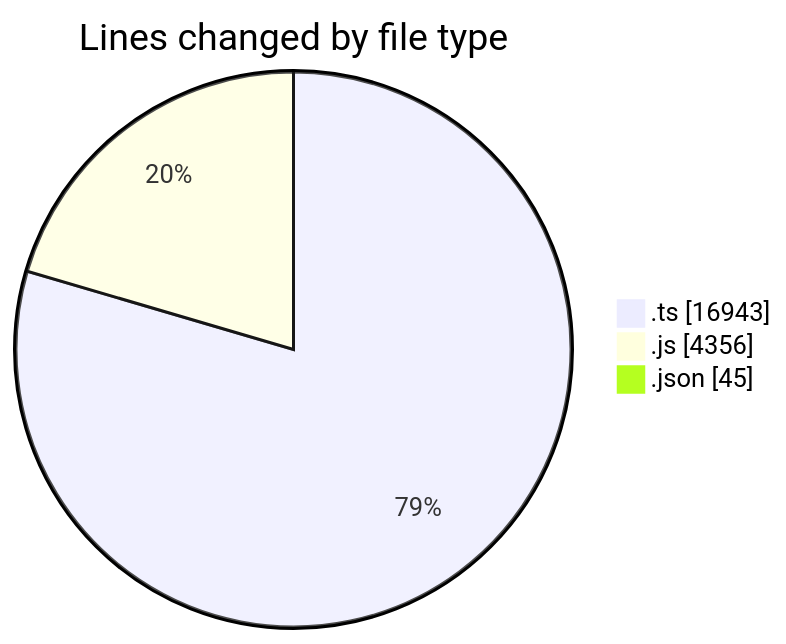
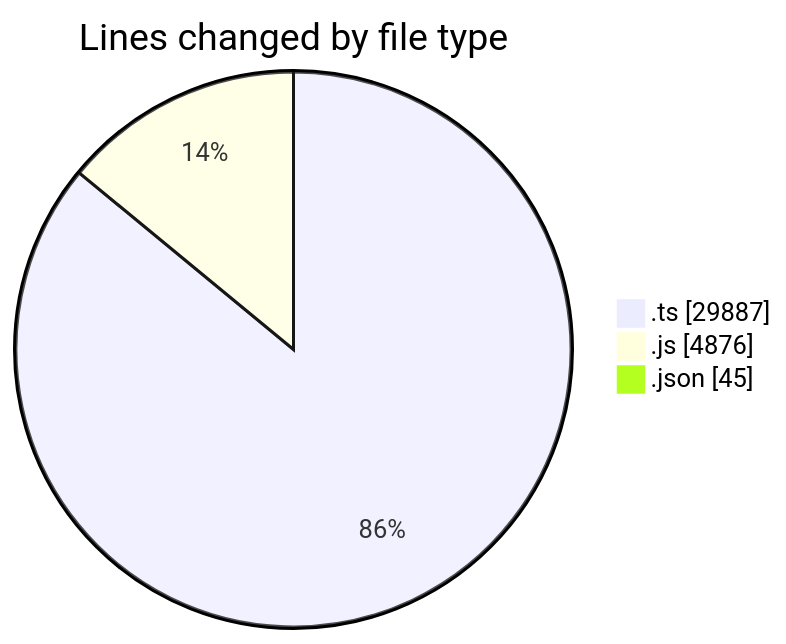
One commit to momahboobian/code-tracking changed the first of 2 diagrams in 2025-07-29/cda/README.md. Above: the diagram before and after it, drawn with Mermaid. The commit also changed other lines of this file and 1 other file, not shown here.

````diff
--- a/2025-07-29/cda/README.md
+++ b/2025-07-29/cda/README.md
@@ -30,7 +30,7 @@
 ```mermaid
 pie showData
 title Lines changed by file type
-".ts" : 16943
-".js" : 4356
+".ts" : 29887
+".js" : 4876
 ".json" : 45
 ```
````
